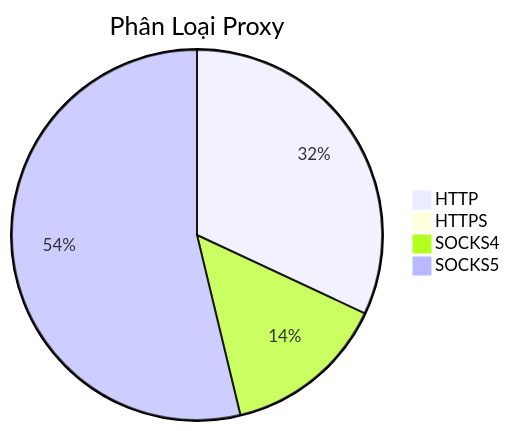
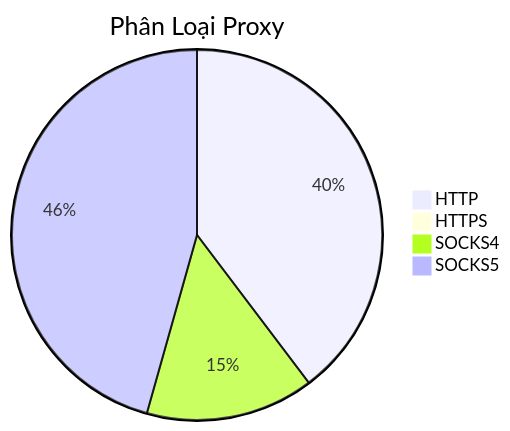
One commit to Ciara-12/PROXY-free changed the diagram in README.md. Above: the diagram before and after it, drawn with Mermaid. The commit also changed other lines of this file and 4 other files, not shown here.

````diff
--- a/README.md
+++ b/README.md
@@ -26,7 +26,7 @@
 ```mermaid
 pie title Phân Loại Proxy
-    "HTTP" : 857
-    "HTTPS" : 1
-    "SOCKS4" : 383
-    "SOCKS5" : 1442
+    "HTTP" : 1182
+    "HTTPS" : 0
+    "SOCKS4" : 437
+    "SOCKS5" : 1359
 ```
````
